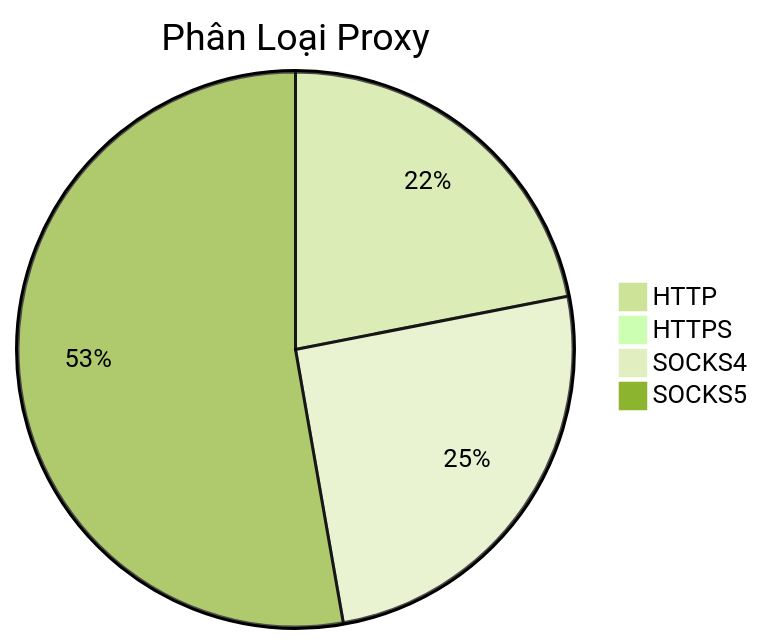
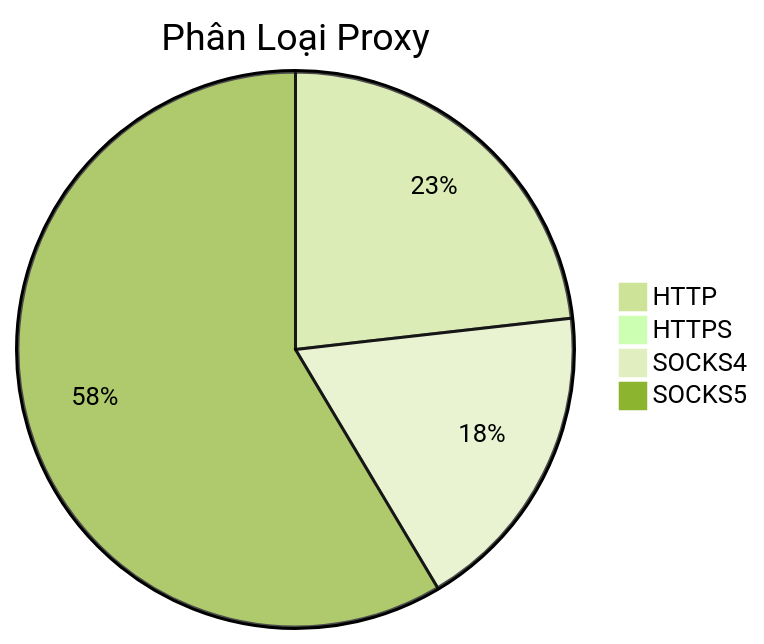
One commit to Ciara-Aa/PROXY-free changed the diagram in README.md. Above: the diagram before and after it, drawn with Mermaid (forest theme). The commit also changed other lines of this file and 4 other files, not shown here.

````diff
--- a/README.md
+++ b/README.md
@@ -26,7 +26,7 @@
 ```mermaid
 pie title Phân Loại Proxy
-    "HTTP" : 187
-    "HTTPS" : 1
-    "SOCKS4" : 216
-    "SOCKS5" : 450
+    "HTTP" : 206
+    "HTTPS" : 2
+    "SOCKS4" : 162
+    "SOCKS5" : 520
 ```
````
